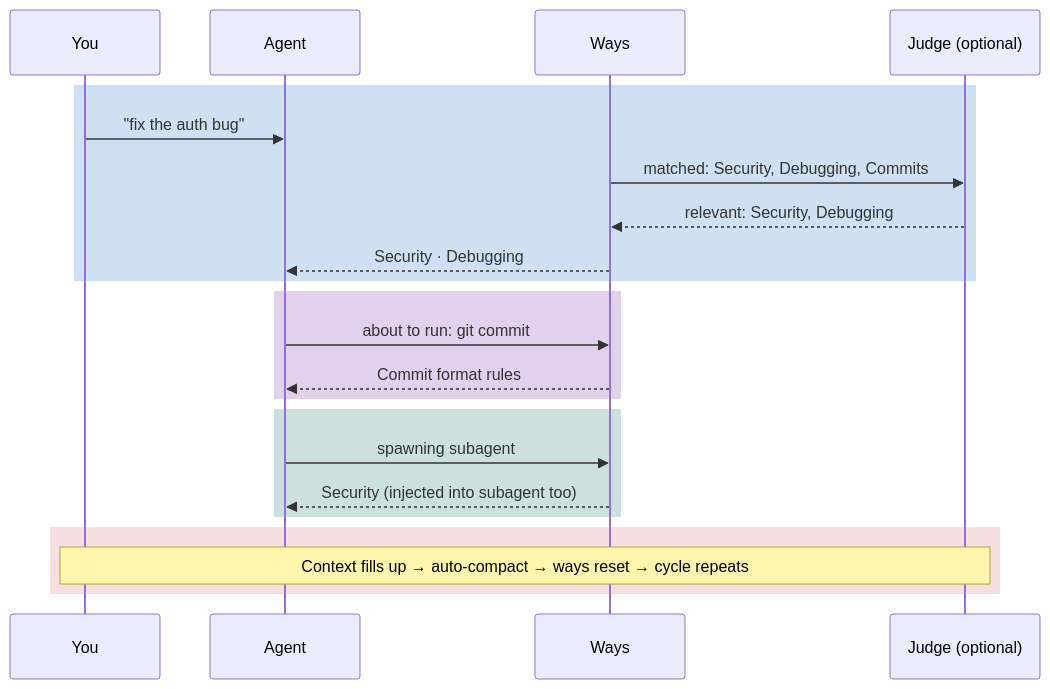
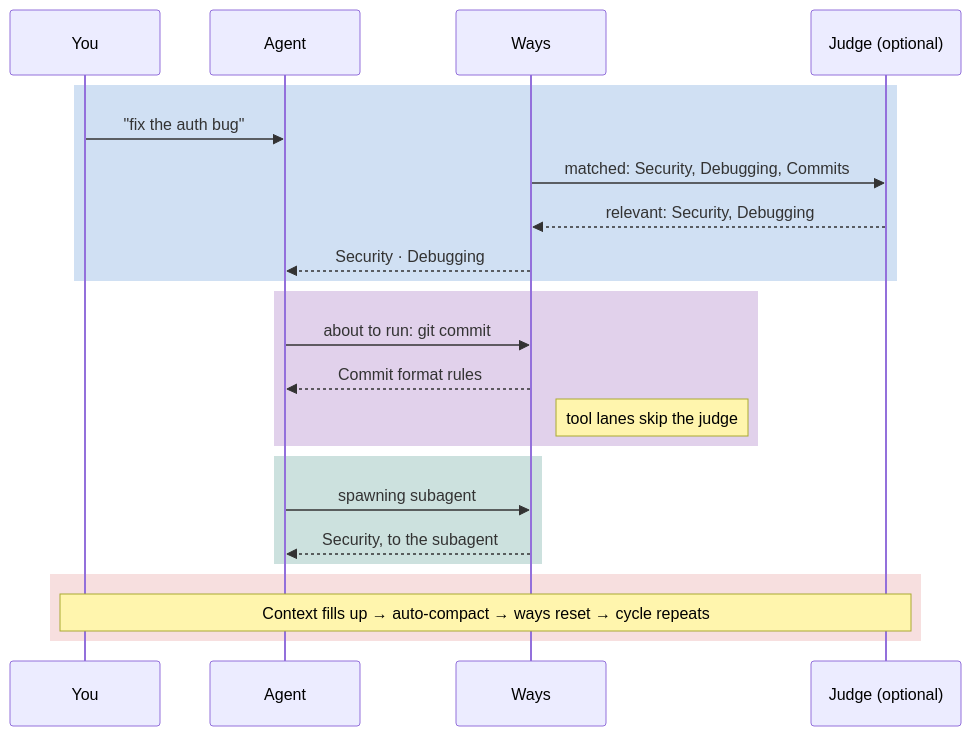
Before and after one commit to aaronsb/agent-ways: the first of 2 diagrams in README.md, drawn with Mermaid. The commit also changed other lines of this file, not shown here.

First line of the commit message:
docs(readme): components diagram, current screenshots, per-agent state

````diff
--- a/README.md
+++ b/README.md
@@ -19,25 +19,26 @@
 ```mermaid
 sequenceDiagram
     participant U as You
     participant C as Agent
     participant W as Ways
     participant J as Judge (optional)
 
     rect rgba(21, 101, 192, 0.2)
         U->>C: "fix the auth bug"
         W->>J: matched: Security, Debugging, Commits
         J-->>W: relevant: Security, Debugging
         W-->>C: Security · Debugging
     end
     rect rgba(106, 27, 154, 0.2)
         C->>W: about to run: git commit
         W-->>C: Commit format rules
+        Note right of W: tool lanes skip the judge
     end
     rect rgba(0, 105, 92, 0.2)
         C->>W: spawning subagent
-        W-->>C: Security (injected into subagent too)
+        W-->>C: Security, to the subagent
     end
     rect rgba(198, 40, 40, 0.15)
         Note over U,J: Context fills up → auto-compact → ways reset → cycle repeats
     end
 ```
````
